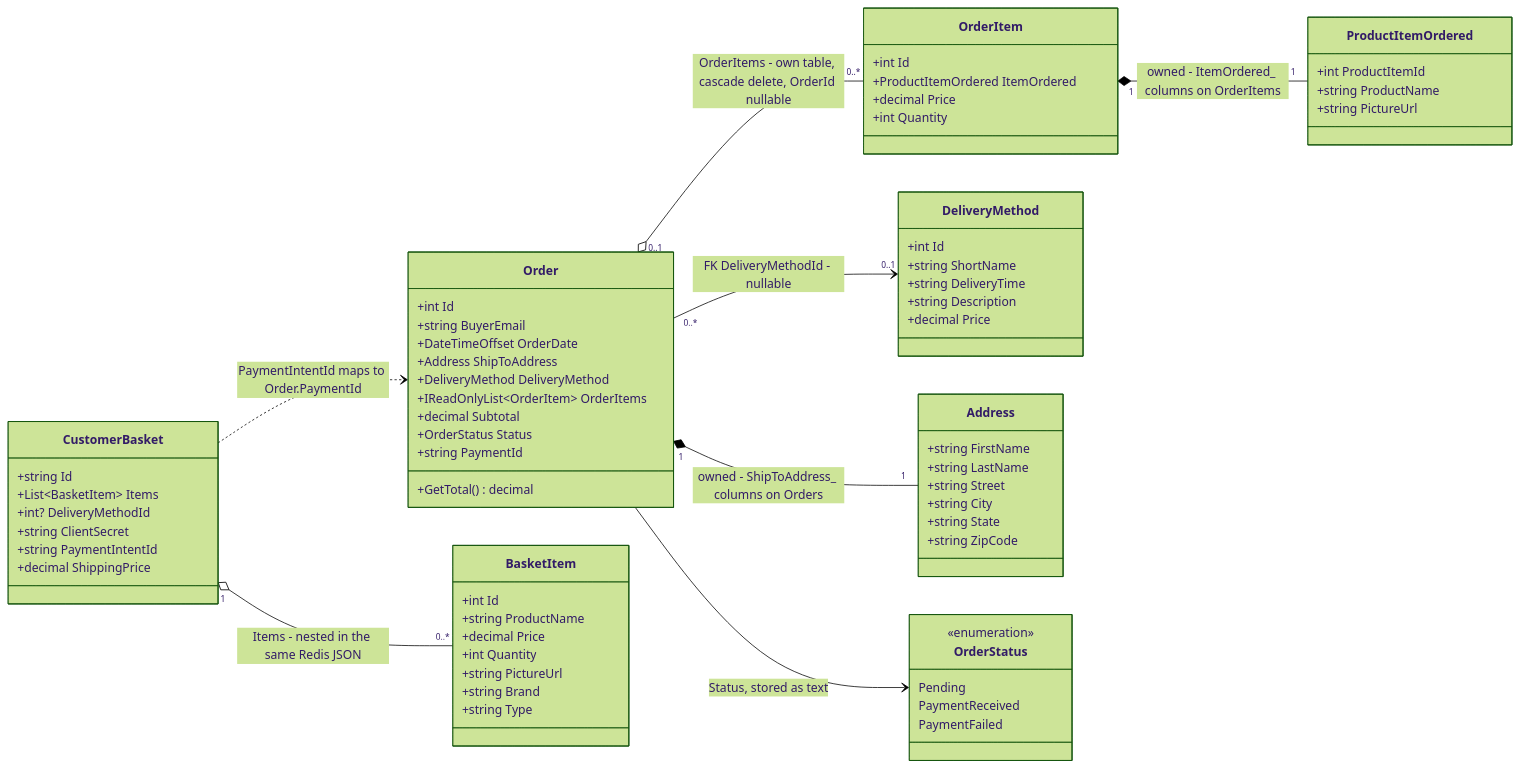
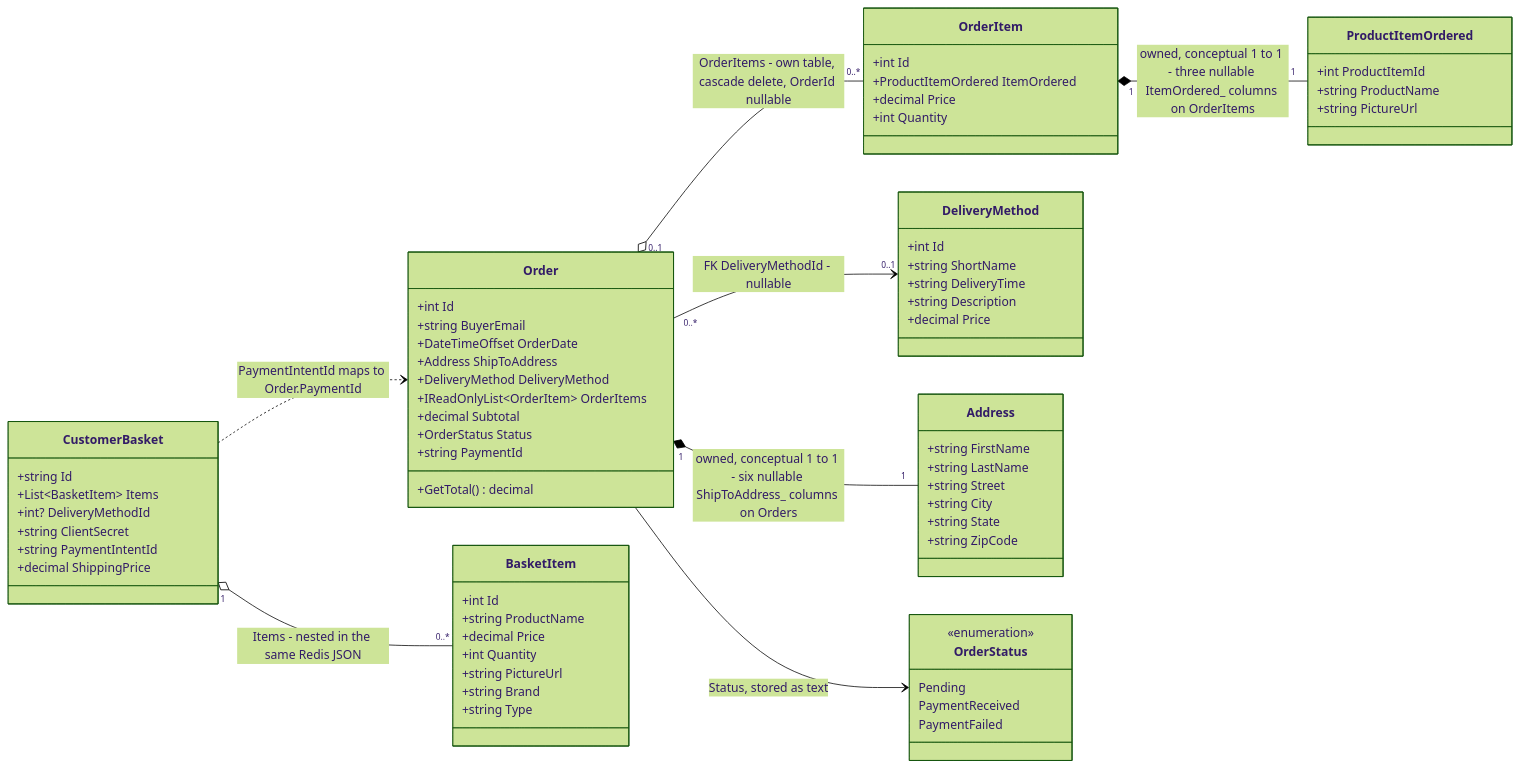
Before and after one commit to blitzy-public-samples/ecommerce-shop: the third of 5 diagrams in docs/checkout-workflow.md, drawn with Mermaid (forest theme). The commit also changed other lines of this file, not shown here.

````diff
--- a/docs/checkout-workflow.md
+++ b/docs/checkout-workflow.md
@@ -755,73 +771,73 @@
 ```mermaid
 classDiagram
     direction LR
     class Order {
         +int Id
         +string BuyerEmail
         +DateTimeOffset OrderDate
         +Address ShipToAddress
         +DeliveryMethod DeliveryMethod
         +IReadOnlyList~OrderItem~ OrderItems
         +decimal Subtotal
         +OrderStatus Status
         +string PaymentId
         +GetTotal() decimal
     }
     class OrderItem {
         +int Id
         +ProductItemOrdered ItemOrdered
         +decimal Price
         +int Quantity
     }
     class ProductItemOrdered {
         +int ProductItemId
         +string ProductName
         +string PictureUrl
     }
     class DeliveryMethod {
         +int Id
         +string ShortName
         +string DeliveryTime
         +string Description
         +decimal Price
     }
     class Address {
         +string FirstName
         +string LastName
         +string Street
         +string City
         +string State
         +string ZipCode
     }
     class OrderStatus {
         <<enumeration>>
         Pending
         PaymentReceived
         PaymentFailed
     }
     class CustomerBasket {
         +string Id
         +List~BasketItem~ Items
         +int? DeliveryMethodId
         +string ClientSecret
         +string PaymentIntentId
         +decimal ShippingPrice
     }
     class BasketItem {
         +int Id
         +string ProductName
         +decimal Price
         +int Quantity
         +string PictureUrl
         +string Brand
         +string Type
     }
 
     Order "0..1" o-- "0..*" OrderItem : OrderItems - own table, cascade delete, OrderId nullable
-    Order "1" *-- "1" Address : owned - ShipToAddress_ columns on Orders
+    Order "1" *-- "1" Address : owned, conceptual 1 to 1 - six nullable ShipToAddress_ columns on Orders
     Order "0..*" --> "0..1" DeliveryMethod : FK DeliveryMethodId - nullable
     Order --> OrderStatus : Status, stored as text
-    OrderItem "1" *-- "1" ProductItemOrdered : owned - ItemOrdered_ columns on OrderItems
+    OrderItem "1" *-- "1" ProductItemOrdered : owned, conceptual 1 to 1 - three nullable ItemOrdered_ columns on OrderItems
     CustomerBasket "1" o-- "0..*" BasketItem : Items - nested in the same Redis JSON
     CustomerBasket ..> Order : PaymentIntentId maps to Order.PaymentId
 ```
````
